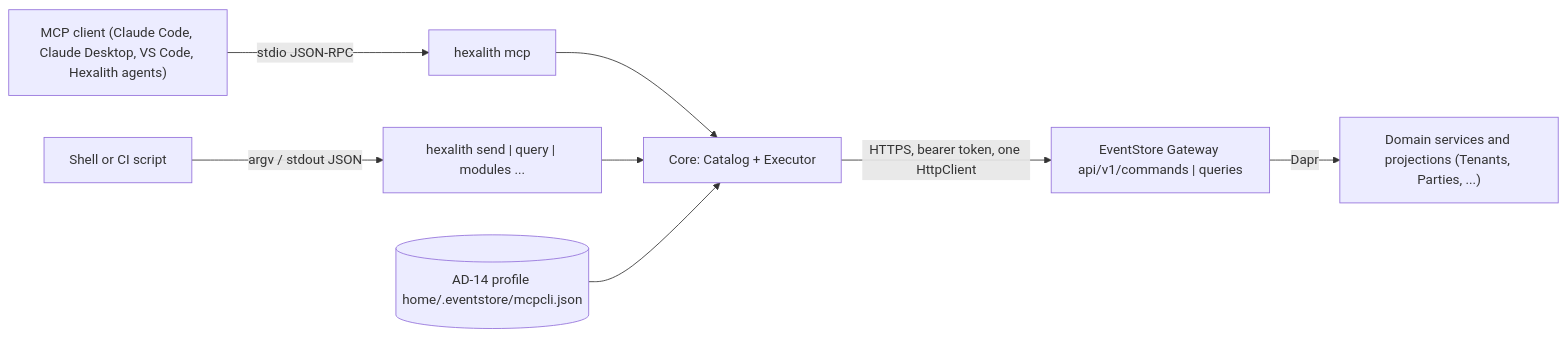
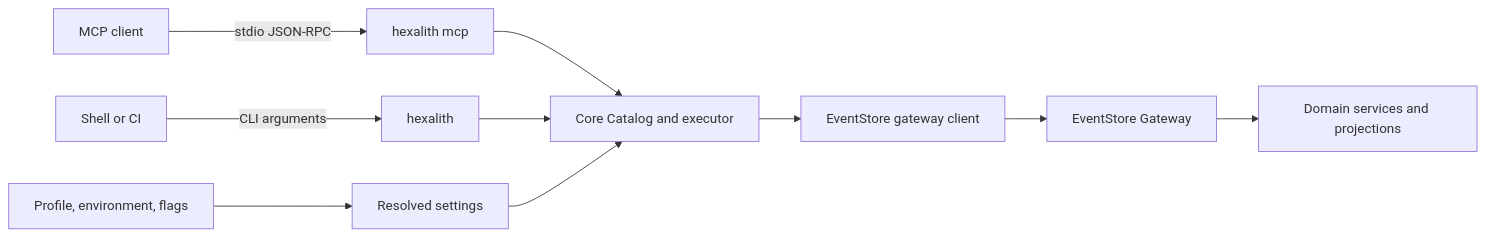
Before and after one commit to Hexalith/Hexalith.McpCli: the second of 3 diagrams in _bmad-output/planning-artifacts/architecture/architecture-mcpcli-2026-09-22/ARCHITECTURE-SPINE.md, drawn with Mermaid. The commit also changed other lines of this file and 4 other files, not shown here.

Commit message:
docs: update the McpCli architecture spine and reviews

````diff
--- a/_bmad-output/planning-artifacts/architecture/architecture-mcpcli-2026-09-22/ARCHITECTURE-SPINE.md
+++ b/_bmad-output/planning-artifacts/architecture/architecture-mcpcli-2026-09-22/ARCHITECTURE-SPINE.md
@@ -284,10 +325,12 @@
 ```mermaid
 graph LR
-  Agent["MCP client (Claude Code, Claude Desktop, VS Code, Hexalith agents)"] -- "stdio JSON-RPC" --> Tool["hexalith mcp"]
-  Shell["Shell or CI script"] -- "argv / stdout JSON" --> Tool2["hexalith send | query | modules ..."]
-  Tool --> Core["Core: Catalog + Executor"]
-  Tool2 --> Core
-  Core -- "HTTPS, bearer token, one HttpClient" --> Gateway["EventStore Gateway api/v1/commands | queries"]
-  Gateway -- "Dapr" --> Domains["Domain services and projections (Tenants, Parties, ...)"]
-  Profiles[("AD-14 profile home/.eventstore/mcpcli.json")] --> Core
+  Agent["MCP client"] -- "stdio JSON-RPC" --> Mcp["hexalith mcp"]
+  Shell["Shell or CI"] -- "CLI arguments" --> Cli["hexalith"]
+  Mcp --> Core["Core Catalog and executor"]
+  Cli --> Core
+  Profile["Profile, environment, flags"] --> Settings["Resolved settings"]
+  Settings --> Core
+  Core --> Client["EventStore gateway client"]
+  Client --> Gateway["EventStore Gateway"]
+  Gateway --> Domains["Domain services and projections"]
 ```
````
